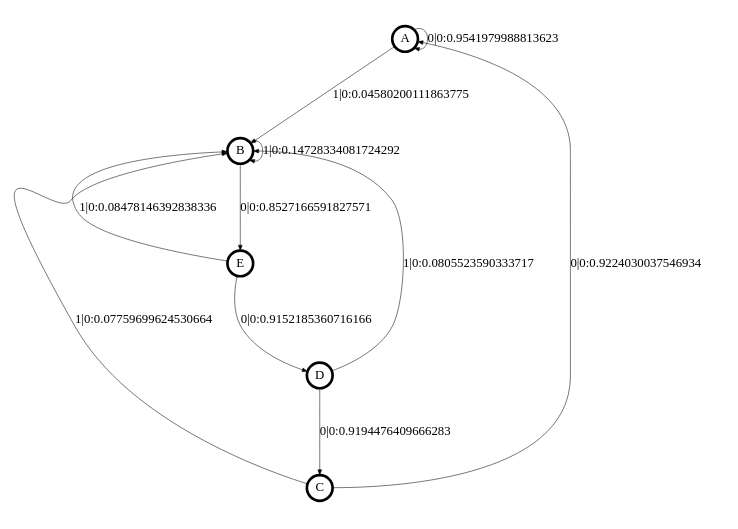
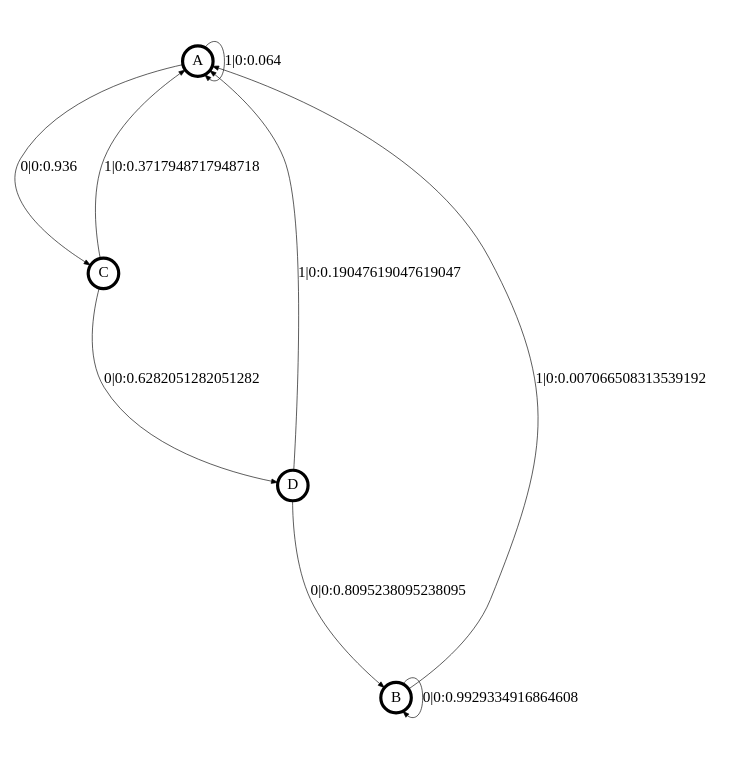
Before and after one commit to OdalysBar/HonorsThesis-TikTok: the diagram in transCSSR-master/transCSSR_results/+user12.dot, drawn with Graphviz. The commit also changed 275 other files, not shown here.

```diff
--- a/transCSSR-master/transCSSR_results/+user12.dot
+++ b/transCSSR-master/transCSSR_results/+user12.dot
@@ -1,22 +1,20 @@
 digraph  {
 size = "6,8.5";
 ratio = "fill";
 node
 [shape = circle];
 node [fontsize = 24];
 node [penwidth = 5];
 edge [fontsize = 24];
 node [fontname = "CMU Serif Roman"];
 graph [fontname = "CMU Serif Roman"];
 edge [fontname = "CMU Serif Roman"];
-A -> A [label = "0|0:0.9541979988813623\l"];
-A -> B [label = "1|0:0.04580200111863775\l"];
-B -> B [label = "1|0:0.14728334081724292\l"];
-B -> E [label = "0|0:0.8527166591827571\l"];
-C -> A [label = "0|0:0.9224030037546934\l"];
-C -> B [label = "1|0:0.07759699624530664\l"];
-D -> B [label = "1|0:0.0805523590333717\l"];
-D -> C [label = "0|0:0.9194476409666283\l"];
-E -> B [label = "1|0:0.08478146392838336\l"];
-E -> D [label = "0|0:0.9152185360716166\l"];
+A -> A [label = "1|0:0.064\l"];
+A -> C [label = "0|0:0.936\l"];
+B -> A [label = "1|0:0.007066508313539192\l"];
+B -> B [label = "0|0:0.9929334916864608\l"];
+C -> A [label = "1|0:0.3717948717948718\l"];
+C -> D [label = "0|0:0.6282051282051282\l"];
+D -> A [label = "1|0:0.19047619047619047\l"];
+D -> B [label = "0|0:0.8095238095238095\l"];
 }
```
